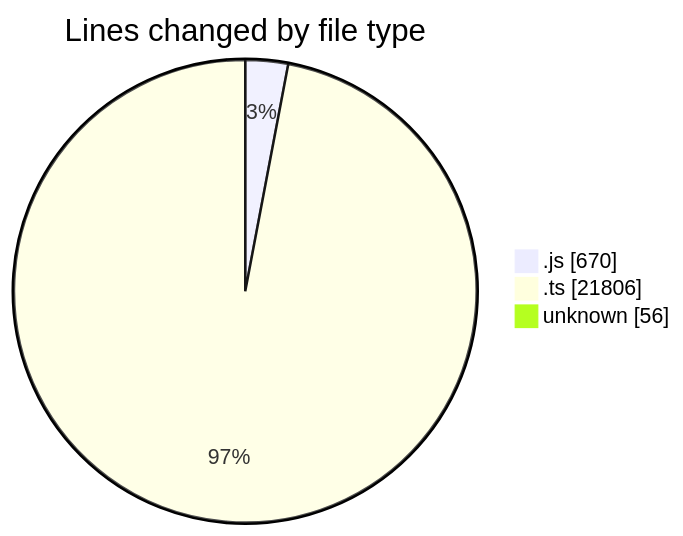
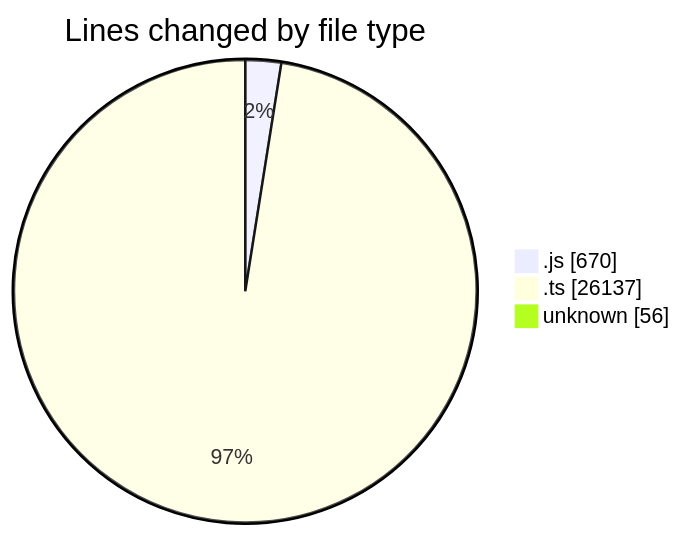
The first of 2 diagrams in 2026-08-21/cda/README.md (momahboobian/code-tracking), drawn with Mermaid before and after one commit. The commit also changed other lines of this file and 1 other file, not shown here.

````diff
--- a/2026-08-21/cda/README.md
+++ b/2026-08-21/cda/README.md
@@ -35,7 +39,7 @@
 ```mermaid
 pie showData
 title Lines changed by file type
 ".js" : 670
-".ts" : 21806
+".ts" : 26137
 "unknown" : 56
 ```
````
